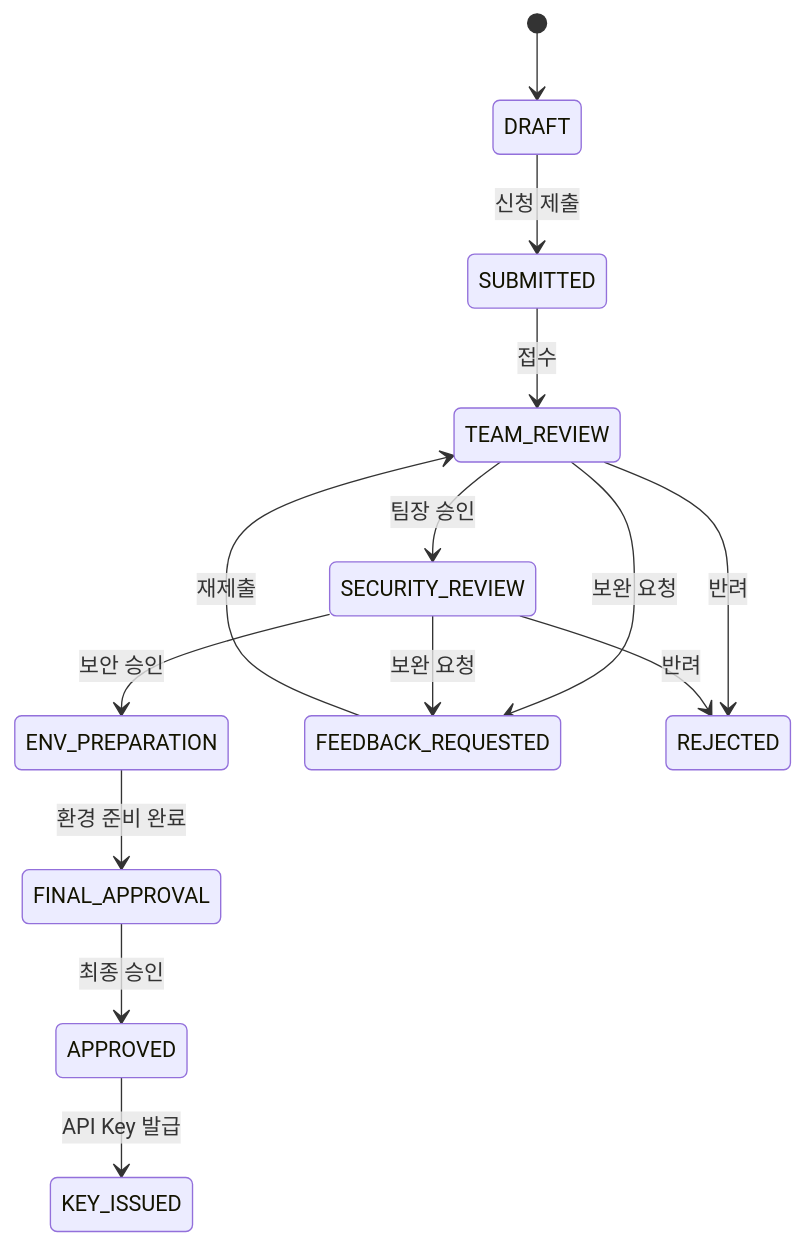
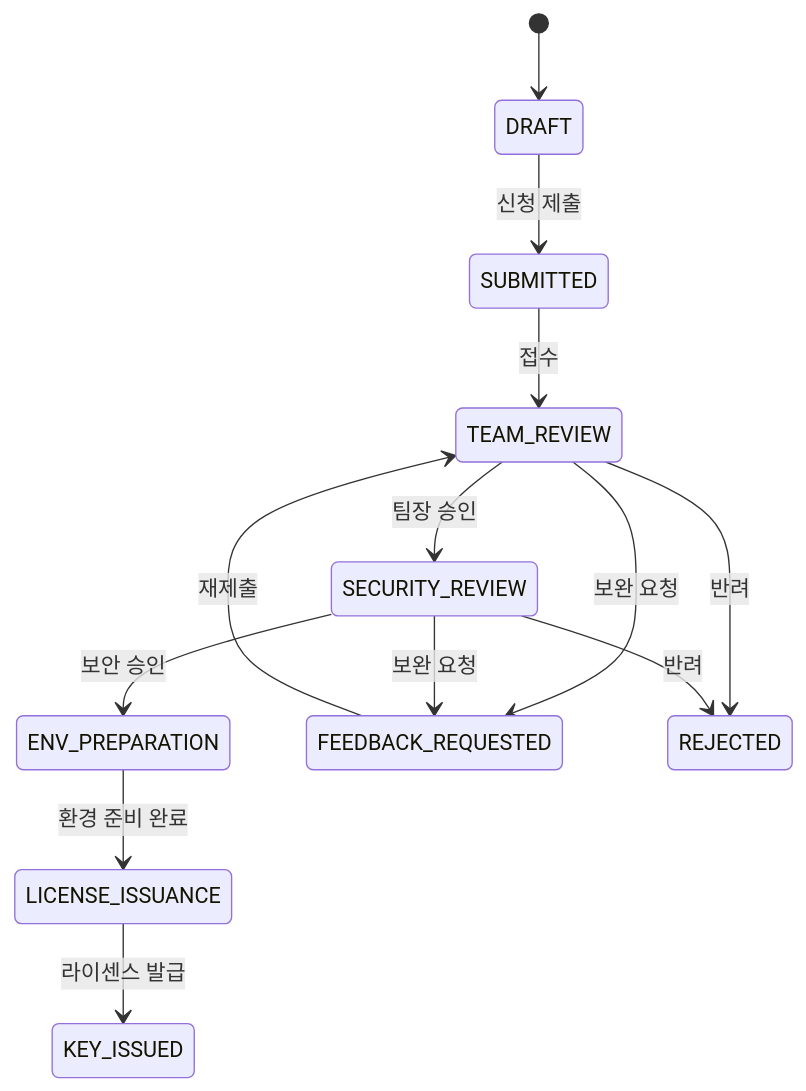
Diagram 29 of 29 in docs/04_UIUX_설계서.md (nuriguri1228/codehub-manage-aitool), drawn with Mermaid before and after one commit. The commit also changed other lines of this file and 10 other files, not shown here.

First line of the commit message:
Implement LICENSE_ISSUANCE feature and update all docs to new review flow

````diff
--- a/docs/04_UIUX_설계서.md
+++ b/docs/04_UIUX_설계서.md
@@ -1302,18 +1300,17 @@
 ```mermaid
 stateDiagram-v2
     [*] --> DRAFT
     DRAFT --> SUBMITTED : 신청 제출
     SUBMITTED --> TEAM_REVIEW : 접수
     TEAM_REVIEW --> SECURITY_REVIEW : 팀장 승인
     SECURITY_REVIEW --> ENV_PREPARATION : 보안 승인
-    ENV_PREPARATION --> FINAL_APPROVAL : 환경 준비 완료
-    FINAL_APPROVAL --> APPROVED : 최종 승인
-    APPROVED --> KEY_ISSUED : API Key 발급
+    ENV_PREPARATION --> LICENSE_ISSUANCE : 환경 준비 완료
+    LICENSE_ISSUANCE --> KEY_ISSUED : 라이센스 발급
 
     TEAM_REVIEW --> FEEDBACK_REQUESTED : 보완 요청
     SECURITY_REVIEW --> FEEDBACK_REQUESTED : 보완 요청
     FEEDBACK_REQUESTED --> TEAM_REVIEW : 재제출
 
     TEAM_REVIEW --> REJECTED : 반려
     SECURITY_REVIEW --> REJECTED : 반려
 ```
````
